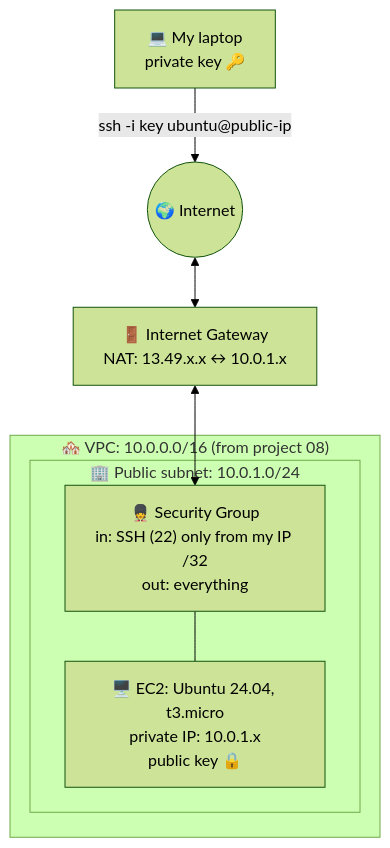
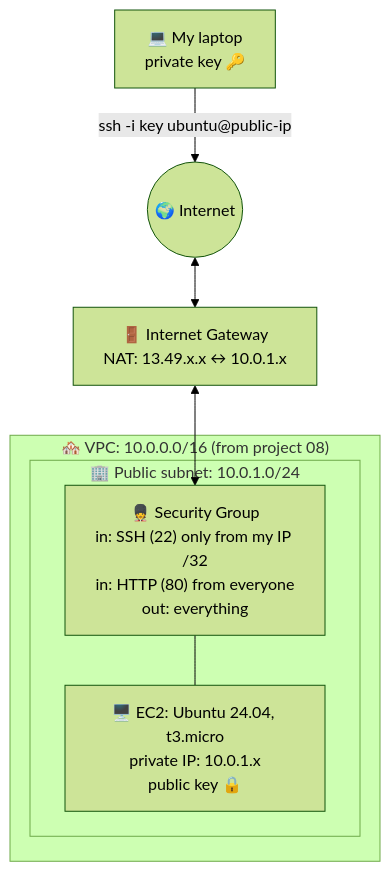
One commit to dogukandireksiz/devops-journey changed the diagram in 09-terraform-aws-ec2/README.md. Above: the diagram before and after it, drawn with Mermaid (forest theme). The commit also changed other lines of this file and 1 other file, not shown here.

````diff
--- a/09-terraform-aws-ec2/README.md
+++ b/09-terraform-aws-ec2/README.md
@@ -8,18 +8,18 @@
 ```mermaid
 flowchart TB
     Laptop["💻 My laptop<br/>private key 🔑"]
     Internet(("🌍 Internet"))
     IGW["🚪 Internet Gateway<br/>NAT: 13.49.x.x ↔ 10.0.1.x"]
 
     subgraph VPC["🏘️ VPC: 10.0.0.0/16 (from project 08)"]
         subgraph SUBNET["🏢 Public subnet: 10.0.1.0/24"]
-            SG["💂 Security Group<br/>in: SSH (22) only from my IP /32<br/>out: everything"]
+            SG["💂 Security Group<br/>in: SSH (22) only from my IP /32<br/>in: HTTP (80) from everyone<br/>out: everything"]
             EC2["🖥️ EC2: Ubuntu 24.04, t3.micro<br/>private IP: 10.0.1.x<br/>public key 🔒"]
             SG --- EC2
         end
     end
 
     Laptop -- "ssh -i key ubuntu@public-ip" --> Internet
     Internet <--> IGW
     IGW <--> SG
 ```
````
